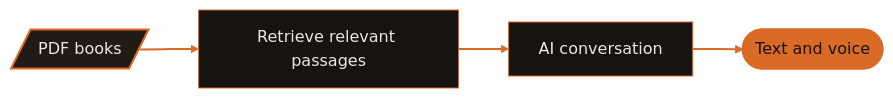
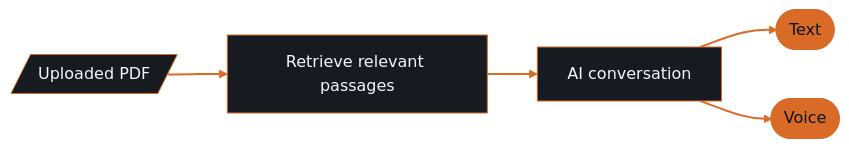
The first of 3 diagrams in README.md (Bixal99/Bixal99), drawn with Mermaid before and after one commit. The commit also changed other lines of this file, not shown here.

````diff
--- a/README.md
+++ b/README.md
@@ -156,14 +48,13 @@
 ```mermaid
-%%{init: {"theme":"base","themeVariables":{"background":"#161310","primaryColor":"#211A15","primaryTextColor":"#ECE6DF","primaryBorderColor":"#D96B27","lineColor":"#D96B27","edgeLabelBackground":"#161310","fontFamily":"monospace"},"flowchart":{"htmlLabels":false,"curve":"basis"}}}%%
+%%{init: {"theme":"base","themeVariables":{"primaryColor":"#161B22","primaryTextColor":"#F0F6FC","primaryBorderColor":"#D96B27","lineColor":"#D96B27","edgeLabelBackground":"#0D1117","fontFamily":"Arial"},"flowchart":{"htmlLabels":false,"curve":"basis"}}}%%
 flowchart LR
-    PDF[/PDF books/] --> RETRIEVE[Retrieve relevant passages]
-    RETRIEVE --> CHAT[AI conversation]
-    CHAT --> VOICE([Text and voice])
-    classDef input fill:#211A15,stroke:#D96B27,color:#ECE6DF,stroke-width:2px
-    classDef process fill:#161310,stroke:#D96B27,color:#ECE6DF,stroke-width:1px
-    classDef output fill:#D96B27,stroke:#D96B27,color:#161310,stroke-width:2px
-    class PDF input
-    class RETRIEVE,CHAT process
-    class VOICE output
+    PDF[/Uploaded PDF/] --> SEARCH[Retrieve relevant passages]
+    SEARCH --> ANSWER[AI conversation]
+    ANSWER --> TEXT([Text])
+    ANSWER --> VOICE([Voice])
+    class PDF,SEARCH,ANSWER panel
+    class TEXT,VOICE result
+    classDef panel fill:#161B22,stroke:#D96B27,color:#F0F6FC,stroke-width:1px
+    classDef result fill:#D96B27,stroke:#D96B27,color:#0D1117,stroke-width:2px
     linkStyle default stroke:#D96B27,stroke-width:2px
 ```
````
